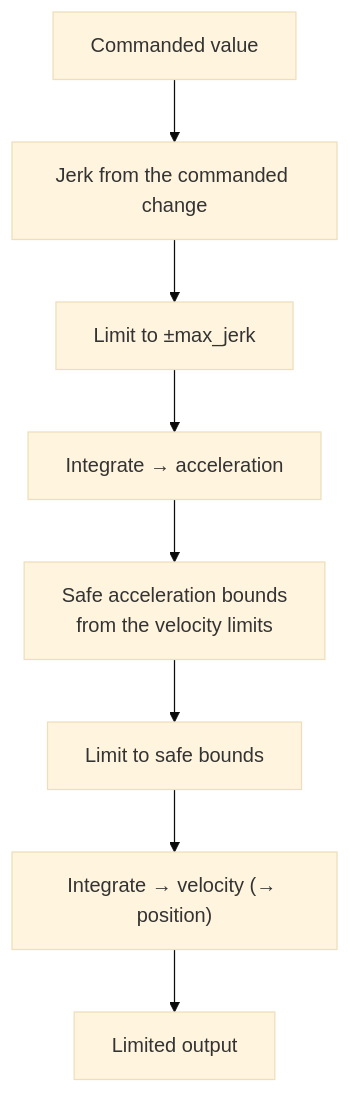
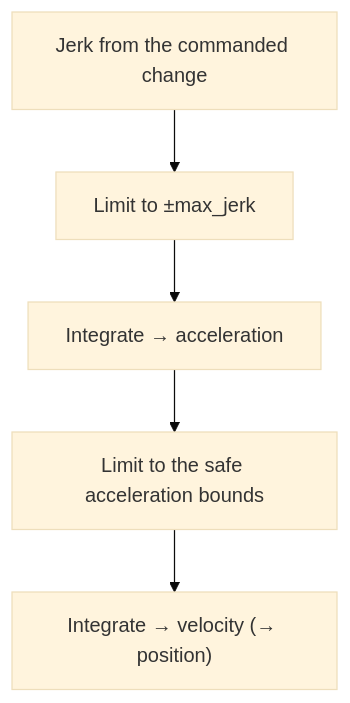
One commit to ColeTen/franka-rs changed the diagram in docs/src/modules/rate-limiting.md. Above: the diagram before and after it, drawn with Mermaid (base theme). The commit also changed other lines of this file and 28 other files, not shown here.

````diff
--- a/docs/src/modules/rate-limiting.md
+++ b/docs/src/modules/rate-limiting.md
@@ -142,10 +53,7 @@
 ```mermaid
-flowchart TD
-    CMD["Commanded value"] --> D3["Jerk from the commanded change"]
-    D3 --> CLAMP3["Limit to ±max_jerk"]
-    CLAMP3 --> INT3["Integrate → acceleration"]
-    INT3 --> SAFE["Safe acceleration bounds<br/>from the velocity limits"]
-    SAFE --> CLAMP2["Limit to safe bounds"]
-    CLAMP2 --> INT2["Integrate → velocity (→ position)"]
-    INT2 --> OUT["Limited output"]
+flowchart TB
+    A["Jerk from the commanded change"] --> B["Limit to ±max_jerk"]
+    B --> C["Integrate → acceleration"]
+    C --> D["Limit to the safe acceleration bounds"]
+    D --> E["Integrate → velocity (→ position)"]
 ```
````
